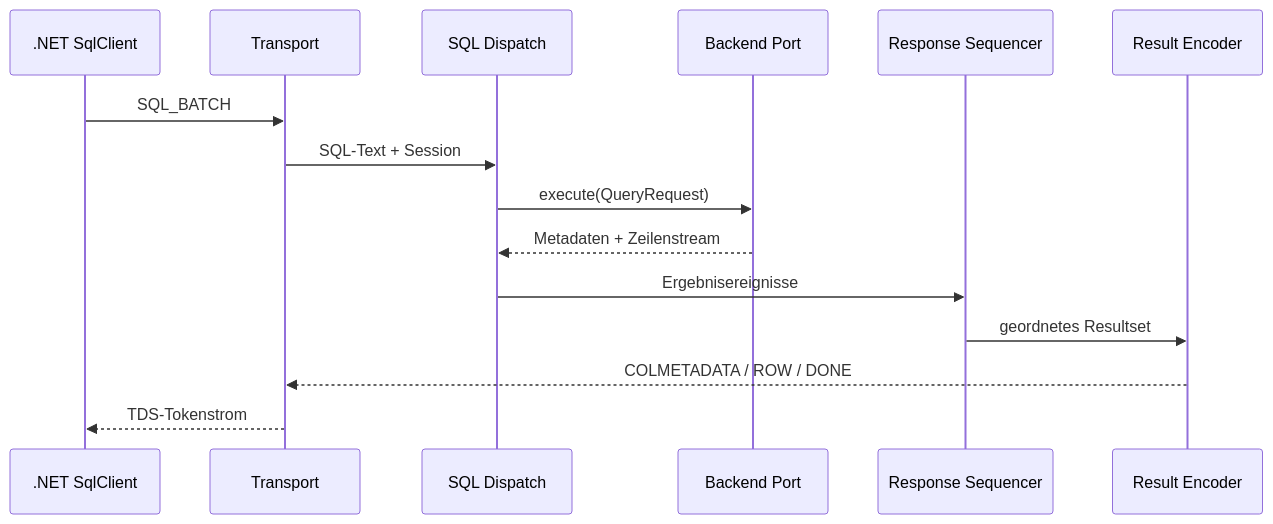
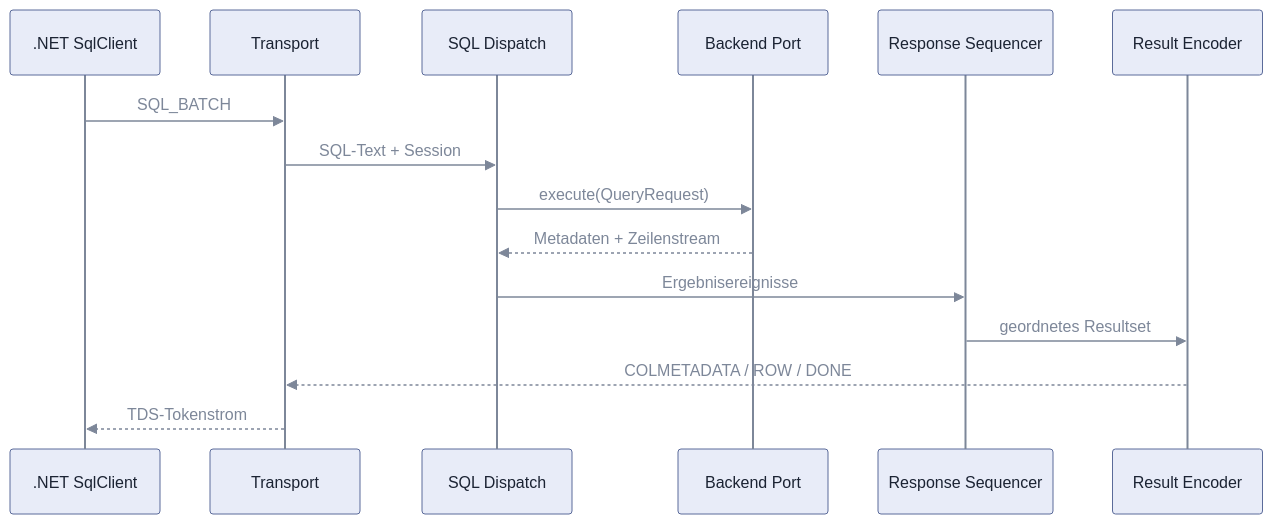
The third of 5 diagrams in spec/architecture.md (pt9912/tdswire), drawn with Mermaid before and after one commit. The commit also changed other lines of this file, not shown here.

Commit message:
Sequenzdiagramme lesbar in hellem und dunklem Theme, fehlende Zeilenumbrüche in zwei Diagrammen ergänzt (TDS-QA-05)

````diff
--- a/spec/architecture.md
+++ b/spec/architecture.md
@@ -129,17 +130,18 @@
 ```mermaid
+%%{init: {'theme': 'base', 'themeVariables': {'lineColor': '#7d8799', 'primaryColor': '#e8ecf8', 'primaryTextColor': '#1b2333', 'primaryBorderColor': '#5b6b9a', 'actorBkg': '#e8ecf8', 'actorBorder': '#5b6b9a', 'actorTextColor': '#1b2333', 'actorLineColor': '#7d8799', 'signalColor': '#7d8799', 'signalTextColor': '#7d8799', 'labelBoxBkgColor': '#e8ecf8', 'labelBoxBorderColor': '#5b6b9a', 'labelTextColor': '#1b2333', 'loopTextColor': '#7d8799', 'noteBkgColor': '#e8ecf8', 'noteTextColor': '#1b2333', 'noteBorderColor': '#5b6b9a'}}}%%
 sequenceDiagram
     participant C as .NET SqlClient
     participant T as Transport
     participant D as SQL Dispatch
     participant B as Backend Port
     participant Q as Response Sequencer
     participant E as Result Encoder
     C->>T: SQL_BATCH
     T->>D: SQL-Text + Session
     D->>B: execute(QueryRequest)
     B-->>D: Metadaten + Zeilenstream
     D->>Q: Ergebnisereignisse
     Q->>E: geordnetes Resultset
     E-->>T: COLMETADATA / ROW / DONE
     T-->>C: TDS-Tokenstrom
 ```
````
